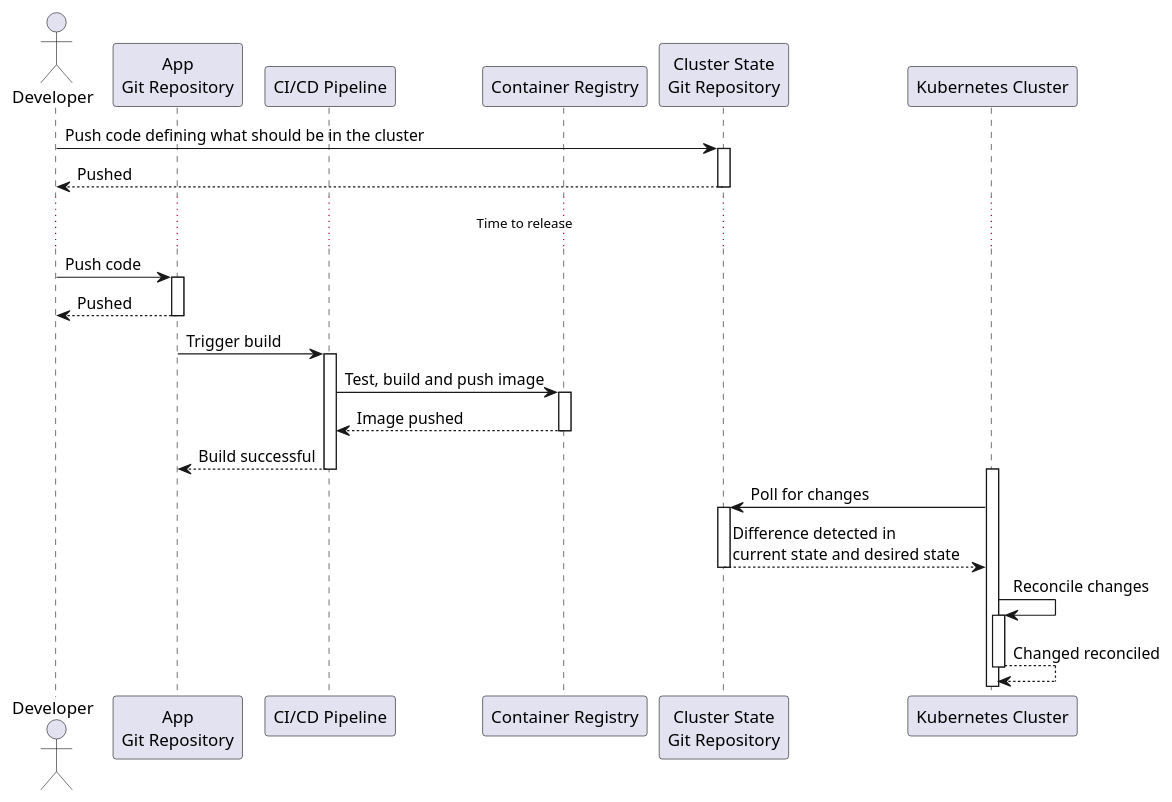
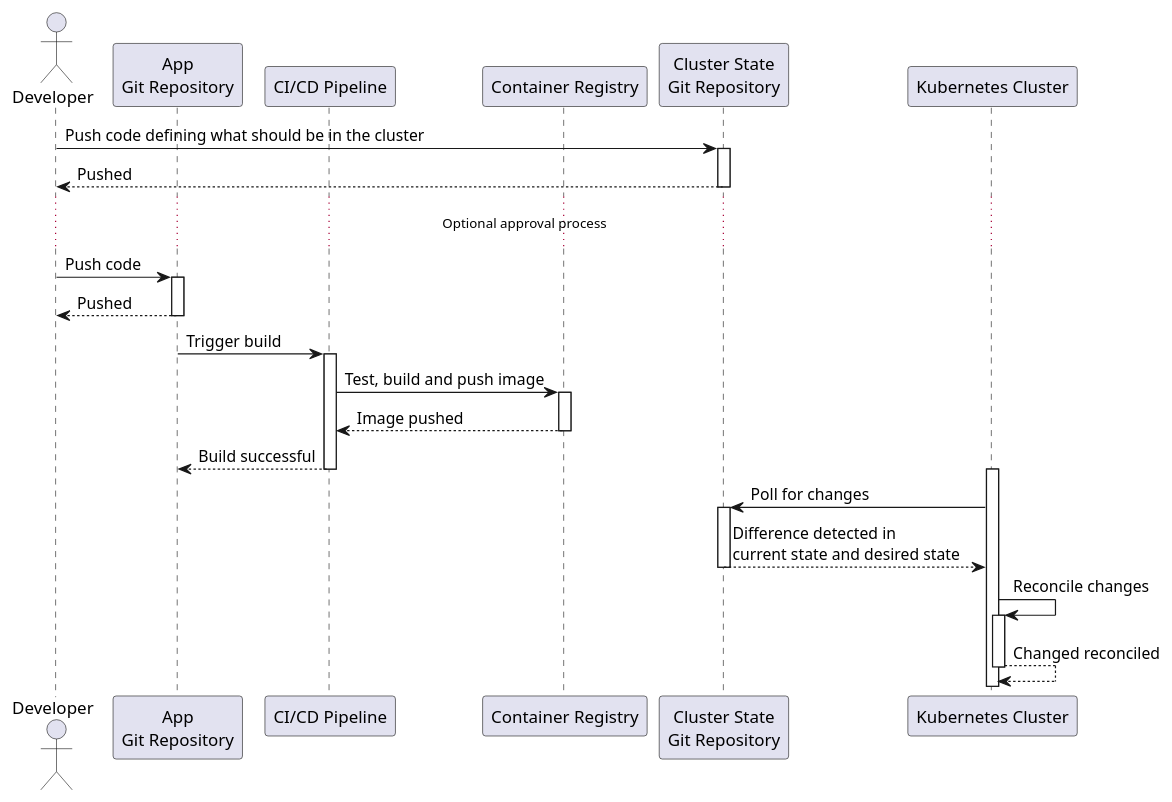
The second of 2 diagrams in _posts/2024-11-21-flux-and-gitops.adoc (cristianrgreco/cristianrgreco.github.io-), drawn with PlantUML before and after one commit.

Commit message:
Update diagram

```diff
--- a/_posts/2024-11-21-flux-and-gitops.adoc
+++ b/_posts/2024-11-21-flux-and-gitops.adoc
@@ -69,31 +69,31 @@
 [plantuml, format=svg]
 ----
 autoactivate on
 
 Actor Developer
 Participant "App\nGit Repository" as Git
 Participant "CI/CD Pipeline" as Pipeline
 Participant "Container Registry" as Registry
 Participant "Cluster State\nGit Repository" as CGit
 Participant "Kubernetes Cluster" as Cluster
 
 Developer -> CGit: Push code defining what should be in the cluster
 return Pushed
 
-...Time to release...
+...Optional approval process...
 
 Developer -> Git: Push code
 return Pushed
 
 Git -> Pipeline: Trigger build
 Pipeline -> Registry: Test, build and push image
 return Image pushed
 return Build successful
 
 activate Cluster
 Cluster -> CGit: Poll for changes
 return Difference detected in\ncurrent state and desired state
 
 Cluster -> Cluster: Reconcile changes
 return Changed reconciled
 ----
```
